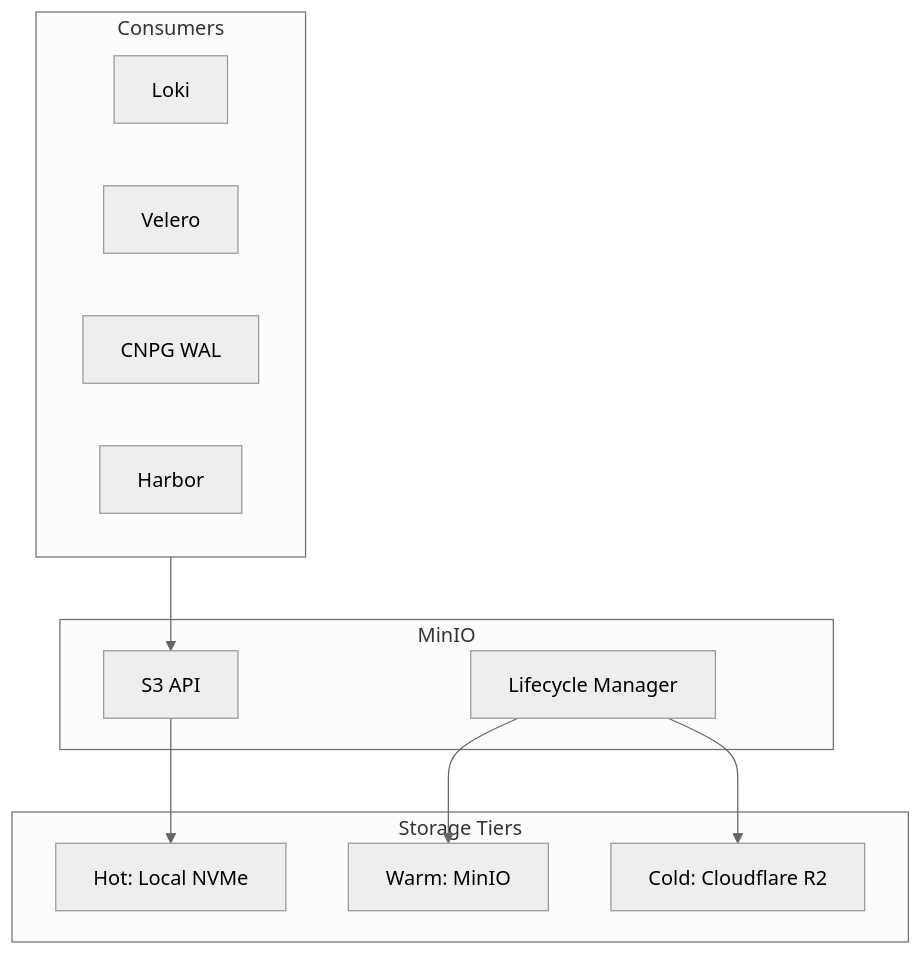
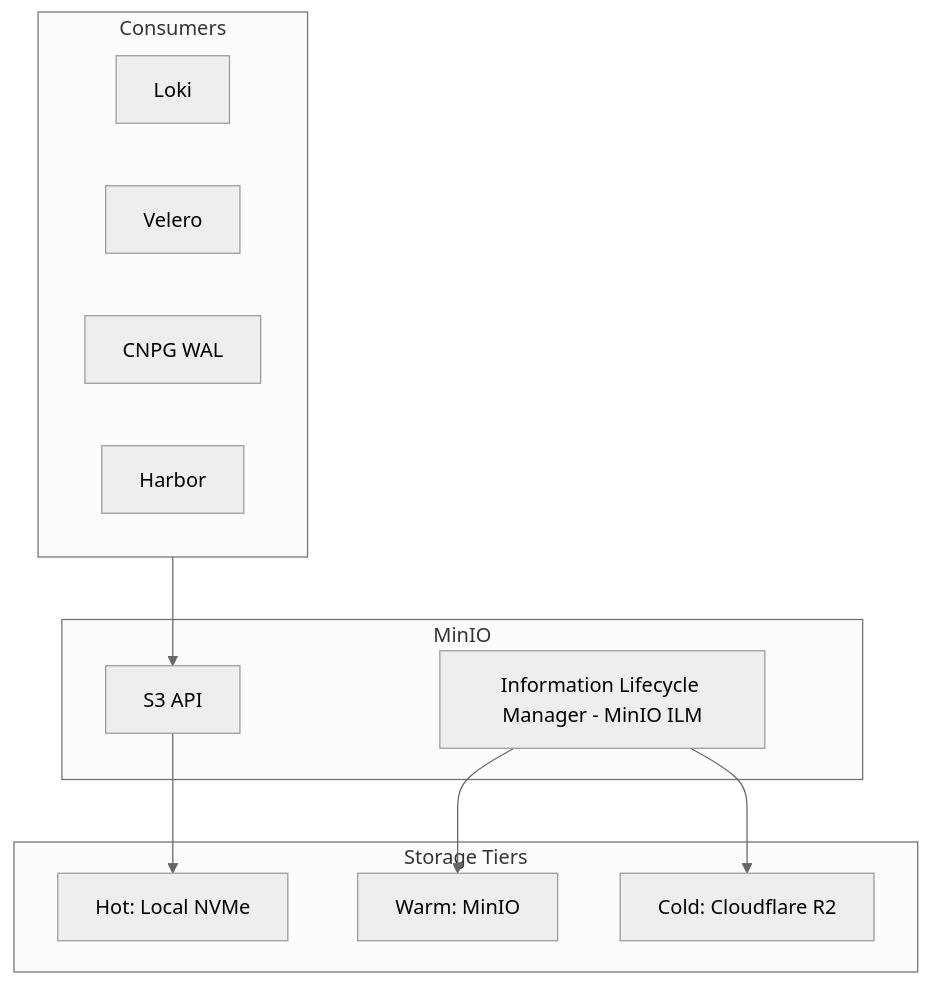
One commit to openova-io/openova changed the first of 2 diagrams in platform/minio/README.md. Above: the diagram before and after it, drawn with Mermaid (neutral theme). The commit also changed other lines of this file and 3 other files, not shown here.

First line of the commit message:
docs(pass-11): banners on 7 more components + MinIO ILM label disambiguation

````diff
--- a/platform/minio/README.md
+++ b/platform/minio/README.md
@@ -21,25 +21,25 @@
 ```mermaid
 flowchart TB
     subgraph MinIO["MinIO"]
         API[S3 API]
-        ILM[Lifecycle Manager]
+        ILM[Information Lifecycle Manager - MinIO ILM]
     end
 
     subgraph Storage["Storage Tiers"]
         Hot[Hot: Local NVMe]
         Warm[Warm: MinIO]
         Cold[Cold: Cloudflare R2]
     end
 
     subgraph Consumers["Consumers"]
         Loki[Loki]
         Velero[Velero]
         CNPG[CNPG WAL]
         Harbor[Harbor]
     end
 
     Consumers --> API
     API --> Hot
     ILM --> Warm
     ILM --> Cold
 ```
````
